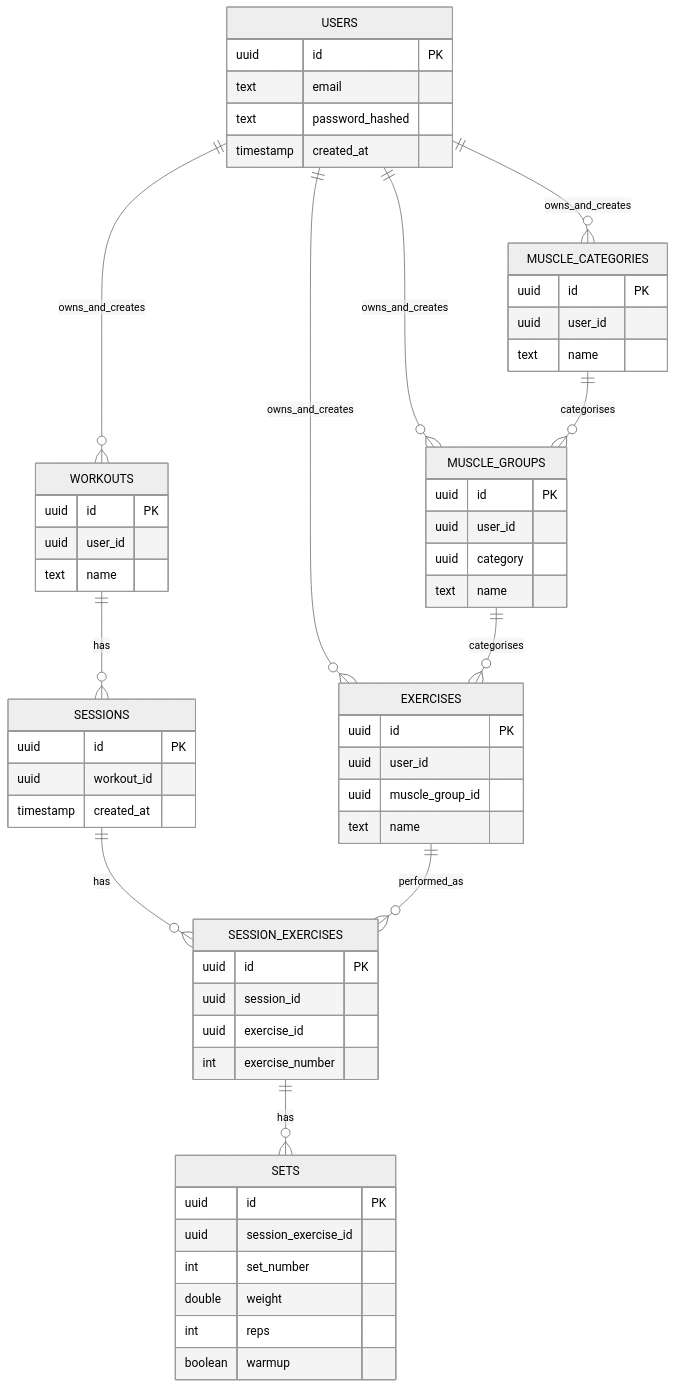
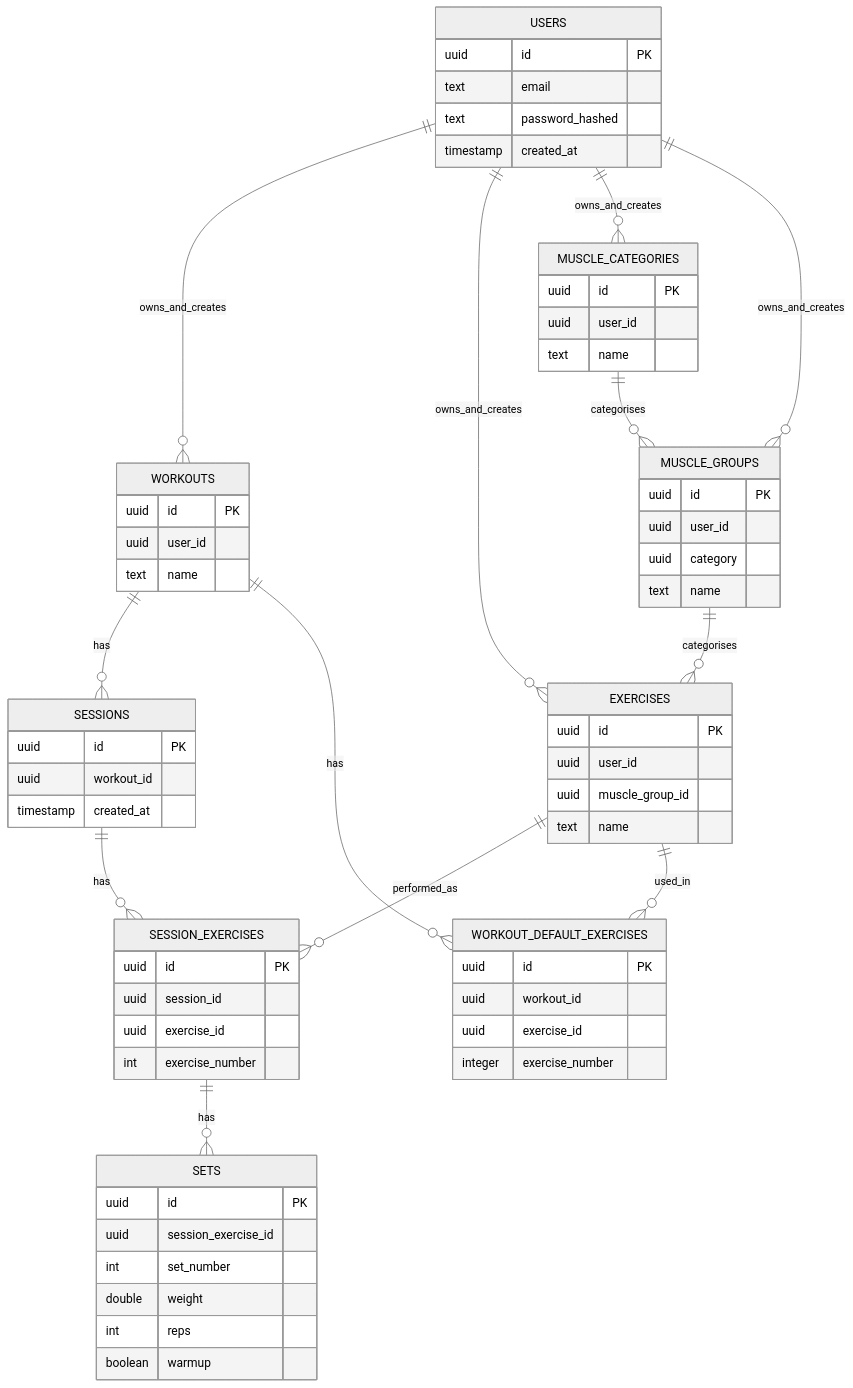
The second of 3 diagrams in README.md (timviney/trakr-fitness), drawn with Mermaid (neutral theme) before and after one commit. The commit also changed 11 other files, not shown here.

First line of the commit message:
Add default exercises to workouts and link exercises to workouts

````diff
--- a/README.md
+++ b/README.md
@@ -39,70 +39,80 @@
 ```mermaid
 erDiagram
     USERS {
         uuid id PK
         text email
         text password_hashed
         timestamp created_at
     }
 
     MUSCLE_CATEGORIES {
         uuid id PK
         uuid user_id
         text name
     }
 
     MUSCLE_GROUPS {
         uuid id PK
         uuid user_id
         uuid category
         text name
     }
 
     EXERCISES {
         uuid id PK
         uuid user_id
         uuid muscle_group_id
         text name
     }
 
     WORKOUTS {
         uuid id PK
         uuid user_id
         text name
+    }
+
+    WORKOUT_DEFAULT_EXERCISES {
+        uuid id PK
+        uuid workout_id
+        uuid exercise_id
+        integer exercise_number
     }
 
     SESSIONS {
         uuid id PK
         uuid workout_id
         timestamp created_at
     }
 
     SESSION_EXERCISES {
         uuid id PK
         uuid session_id
         uuid exercise_id
         int exercise_number
     }
 
     SETS {
         uuid id PK
         uuid session_exercise_id
         int set_number
         double weight
         int reps
         boolean warmup
     }
 
     USERS ||--o{ WORKOUTS : owns_and_creates
     USERS ||--o{ EXERCISES : owns_and_creates
     USERS ||--o{ MUSCLE_CATEGORIES : owns_and_creates
     USERS ||--o{ MUSCLE_GROUPS : owns_and_creates
 
     MUSCLE_CATEGORIES ||--o{ MUSCLE_GROUPS : categorises
     MUSCLE_GROUPS ||--o{ EXERCISES : categorises
 
     WORKOUTS ||--o{ SESSIONS : has
     SESSIONS ||--o{ SESSION_EXERCISES : has
     EXERCISES ||--o{ SESSION_EXERCISES : performed_as
     SESSION_EXERCISES ||--o{ SETS : has
+
+    WORKOUTS ||--o{ WORKOUT_DEFAULT_EXERCISES : has
+    EXERCISES ||--o{ WORKOUT_DEFAULT_EXERCISES : used_in
 ```
````
